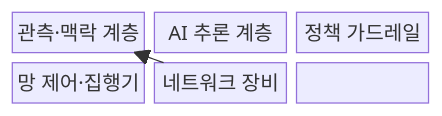
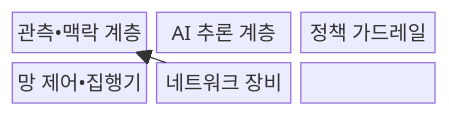
One commit to agnusdei1207/knowledge-base changed the first of 2 diagrams in src/content/docs/notes/04-network/098_ai_native_networking.md. Above: the diagram before and after it, drawn with Mermaid. The commit also changed other lines of this file and 953 other files, not shown here.

````diff
--- a/src/content/docs/notes/04-network/098_ai_native_networking.md
+++ b/src/content/docs/notes/04-network/098_ai_native_networking.md
@@ -67,11 +67,11 @@
 ```mermaid
 block-beta
     columns 3
-    A["관측·맥락 계층"]
+    A["관측•맥락 계층"]
     B["AI 추론 계층"]
     C["정책 가드레일"]
-    D["망 제어·집행기"]
+    D["망 제어•집행기"]
     E["네트워크 장비"]
     A --> B --> C --> D --> E
     E --> A
 ```
````
